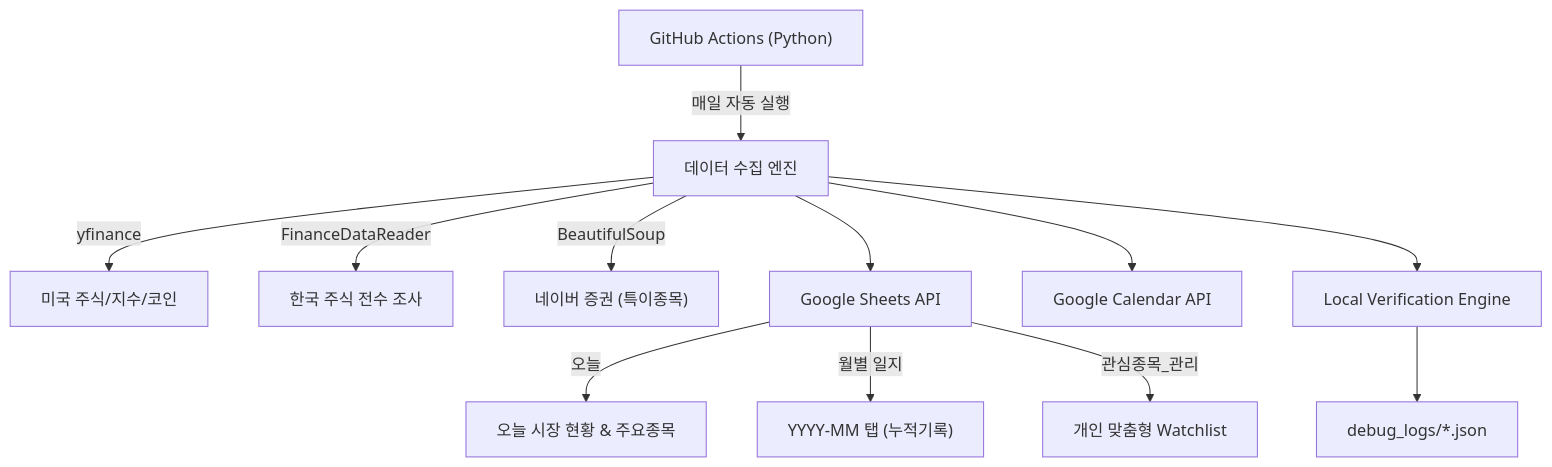
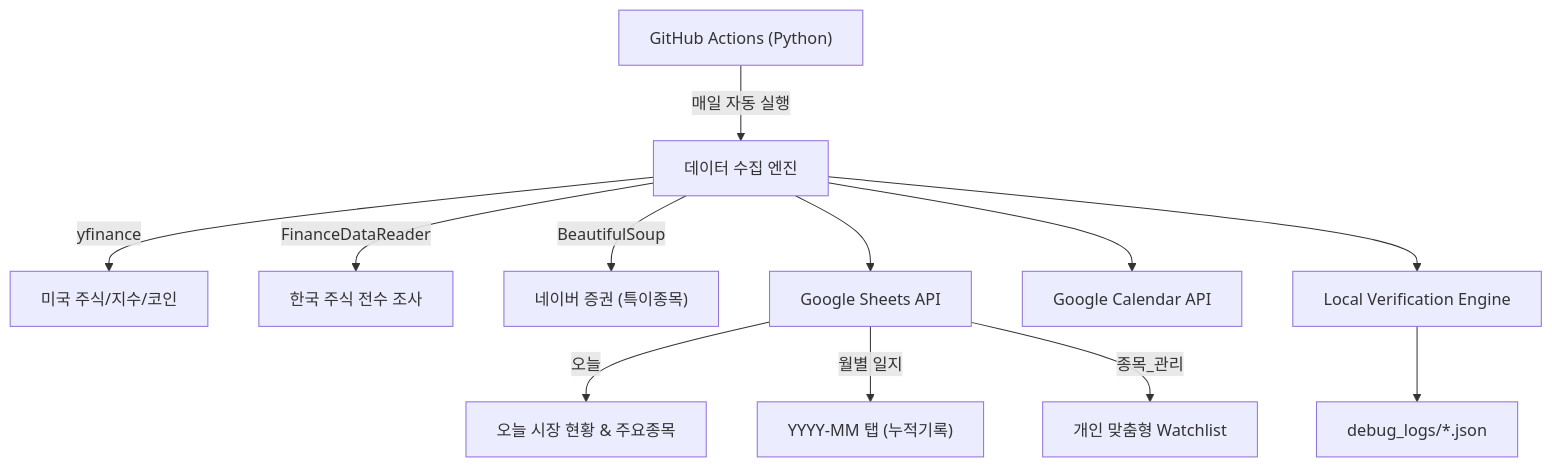
The diagram in README.md (Alexnetster/GoogleSheetStockUpdater), drawn with Mermaid before and after one commit. The commit also changed other lines of this file and 1 other file, not shown here.

````diff
--- a/README.md
+++ b/README.md
@@ -27,16 +28,16 @@
 ```mermaid
 graph TD
     A["GitHub Actions (Python)"] -->|매일 자동 실행| B["데이터 수집 엔진"]
     B -->|yfinance| C["미국 주식/지수/코인"]
     B -->|FinanceDataReader| D["한국 주식 전수 조사"]
     B -->|BeautifulSoup| E["네이버 증권 (특이종목)"]
     
     B --> F["Google Sheets API"]
     F -->|오늘| G["오늘 시장 현황 & 주요종목"]
     F -->|월별 일지| H["YYYY-MM 탭 (누적기록)"]
-    F -->|관심종목_관리| I["개인 맞춤형 Watchlist"]
+    F -->|종목_관리| I["개인 맞춤형 Watchlist"]
     
     B --> J["Google Calendar API"]
     B --> L["Local Verification Engine"]
     L --> M["debug_logs/*.json"]
 ```
````
